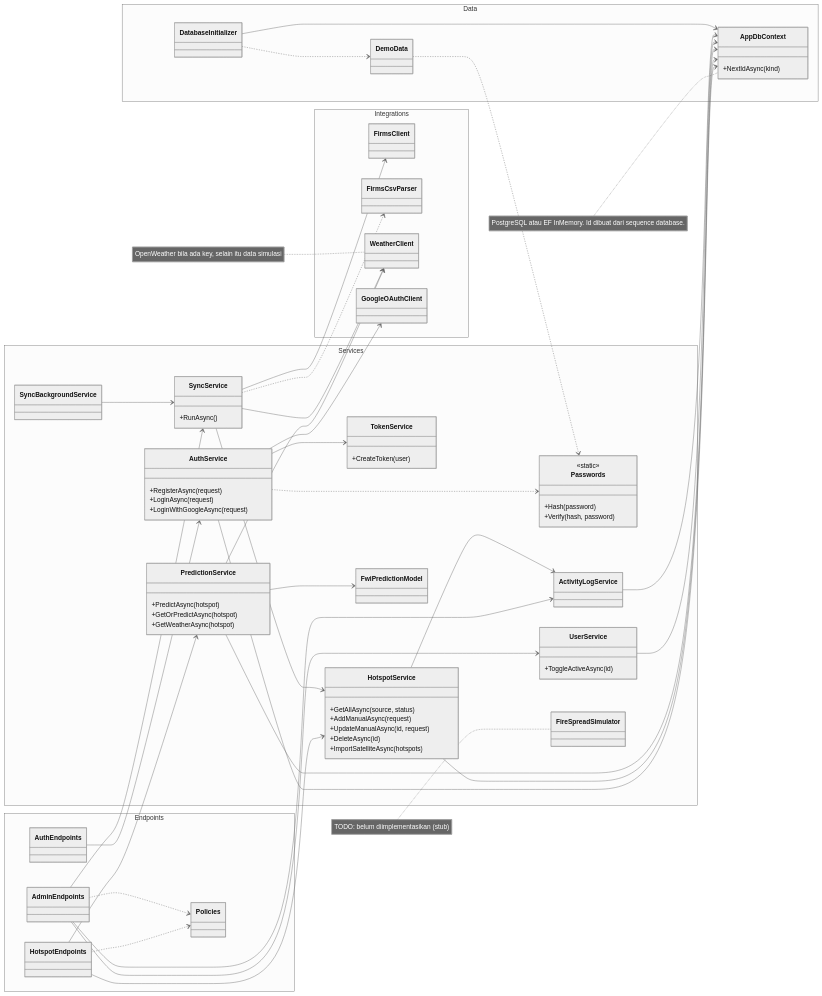
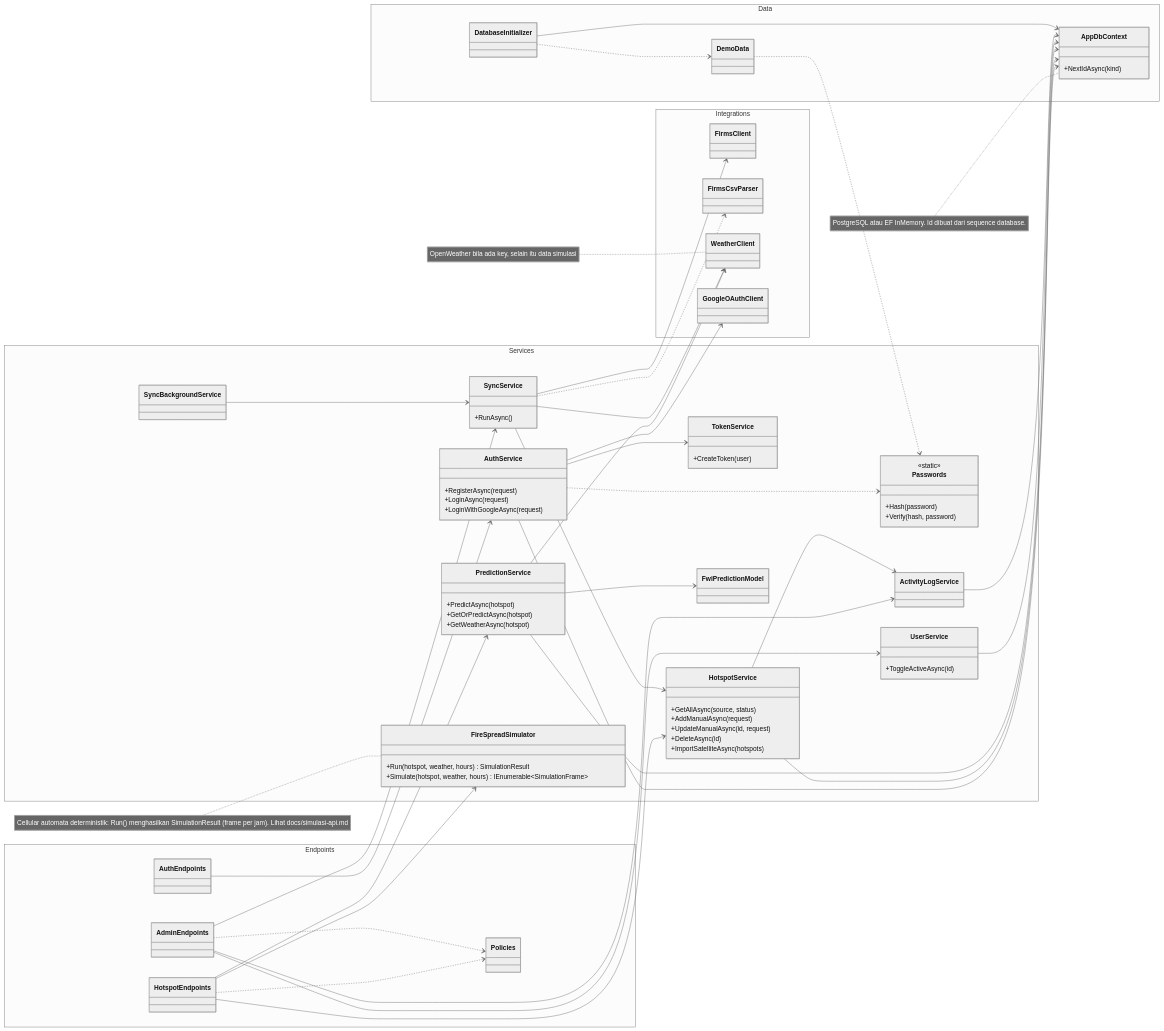
The second of 3 diagrams in docs/class-diagram.md (Palupifitrianingrum/Ignis), drawn with Mermaid (neutral theme) before and after one commit. The commit also changed 19 other files, not shown here.

First line of the commit message:
feat(simulation): selesaikan simulasi penyebaran api dan hubungkan ke dashboard

````diff
--- a/docs/class-diagram.md
+++ b/docs/class-diagram.md
@@ -216,7 +216,10 @@
         class SyncBackgroundService
         class ActivityLogService
         class FwiPredictionModel
-        class FireSpreadSimulator
+        class FireSpreadSimulator {
+            +Run(hotspot, weather, hours) SimulationResult
+            +Simulate(hotspot, weather, hours) IEnumerable~SimulationFrame~
+        }
     }
 
     namespace Integrations {
@@ -238,6 +241,7 @@
     AuthEndpoints --> AuthService
     HotspotEndpoints --> HotspotService
     HotspotEndpoints --> PredictionService
+    HotspotEndpoints --> FireSpreadSimulator
     AdminEndpoints --> UserService
     AdminEndpoints --> SyncService
     AdminEndpoints --> ActivityLogService
@@ -265,7 +269,7 @@
     DatabaseInitializer ..> DemoData
     DemoData ..> Passwords
 
-    note for FireSpreadSimulator "TODO: belum diimplementasikan (stub)"
+    note for FireSpreadSimulator "Cellular automata deterministik: Run() menghasilkan SimulationResult (frame per jam). Lihat docs/simulasi-api.md"
     note for AppDbContext "PostgreSQL atau EF InMemory. Id dibuat dari sequence database."
     note for WeatherClient "OpenWeather bila ada key, selain itu data simulasi"
 ```
````
